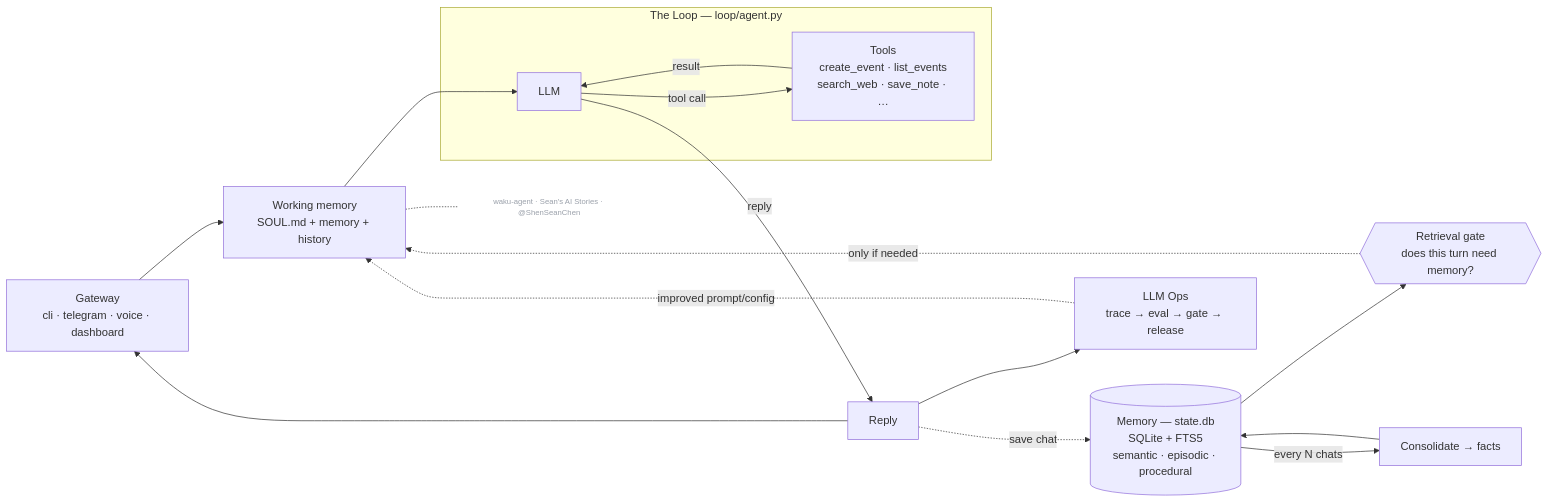
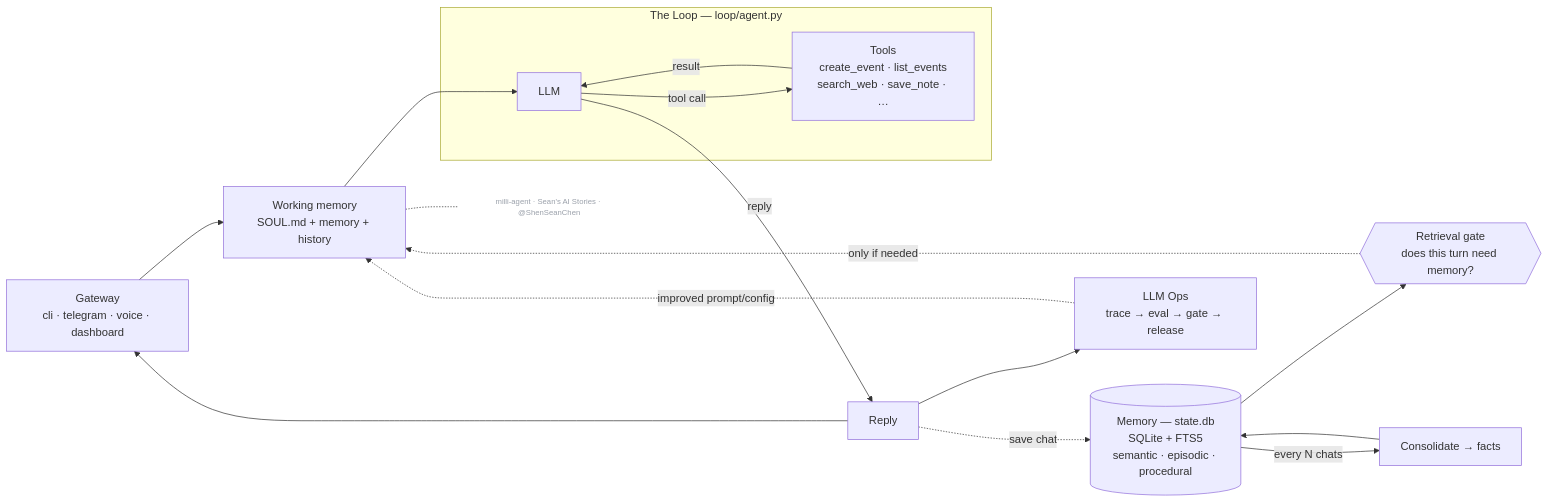
One commit to ShenSeanChen/waku-agent changed the first of 2 diagrams in README.md. Above: the diagram before and after it, drawn with Mermaid. The commit also changed other lines of this file and 246 other files, not shown here.

````diff
--- a/README.md
+++ b/README.md
@@ -147,18 +147,18 @@
 ```mermaid
 flowchart LR
   GW["Gateway<br/>cli · telegram · voice · dashboard"] --> WM["Working memory<br/>SOUL.md + memory + history"]
   WM --> LLM
   subgraph LOOP["The Loop — loop/agent.py"]
     LLM["LLM"] -->|tool call| TOOLS["Tools<br/>create_event · list_events<br/>search_web · save_note · …"]
     TOOLS -->|result| LLM
   end
   LLM -->|reply| REPLY["Reply"] --> GW
   GATE{{"Retrieval gate<br/>does this turn need memory?"}} -. only if needed .-> WM
   MEM[("Memory — state.db<br/>SQLite + FTS5<br/>semantic · episodic · procedural")] --> GATE
   REPLY -. save chat .-> MEM
   MEM -->|every N chats| CONS["Consolidate → facts"] --> MEM
   REPLY --> OPS["LLM Ops<br/>trace → eval → gate → release"]
   OPS -. improved prompt/config .-> WM
-  WM -.- WATERMARK["waku-agent · Sean's AI Stories · @ShenSeanChen"]:::wm
+  WM -.- WATERMARK["milli-agent · Sean's AI Stories · @ShenSeanChen"]:::wm
   classDef wm fill:none,stroke:none,color:#9aa0aa,font-size:11px;
 ```
````
